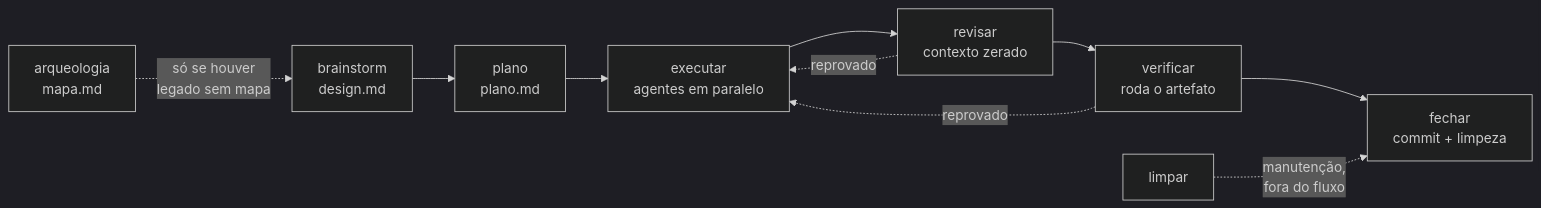
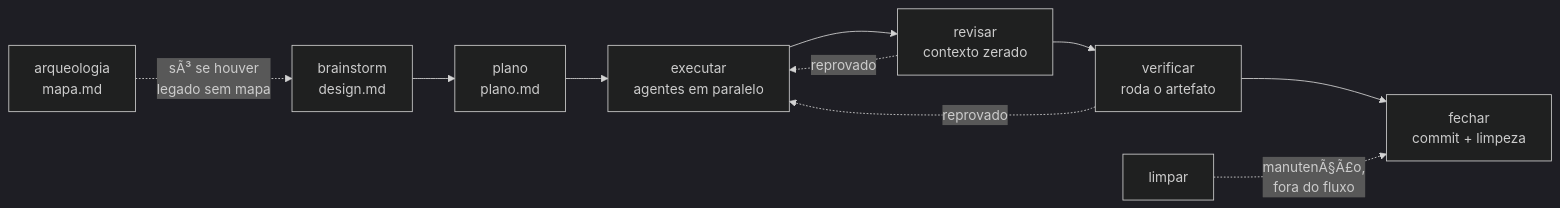
Before and after one commit to luisfmontes/rainforest-mind: the first of 2 diagrams in README.md, drawn with Mermaid (dark theme). The commit also changed other lines of this file and 10 other files, not shown here.

````diff
--- a/README.md
+++ b/README.md
@@ -89,12 +89,12 @@
 ```mermaid
 flowchart LR
-    A["arqueologia<br/>mapa.md"] -.->|"só se houver<br/>legado sem mapa"| B
+    A["arqueologia<br/>mapa.md"] -.->|"sÃ³ se houver<br/>legado sem mapa"| B
     B["brainstorm<br/>design.md"] --> P["plano<br/>plano.md"]
     P --> E["executar<br/>agentes em paralelo"]
     E --> R["revisar<br/>contexto zerado"]
     R --> V["verificar<br/>roda o artefato"]
     V --> F["fechar<br/>commit + limpeza"]
     R -.->|"reprovado"| E
     V -.->|"reprovado"| E
-    L["limpar"] -.->|"manutenção,<br/>fora do fluxo"| F
+    L["limpar"] -.->|"manutenÃ§Ã£o,<br/>fora do fluxo"| F
 ```
````
